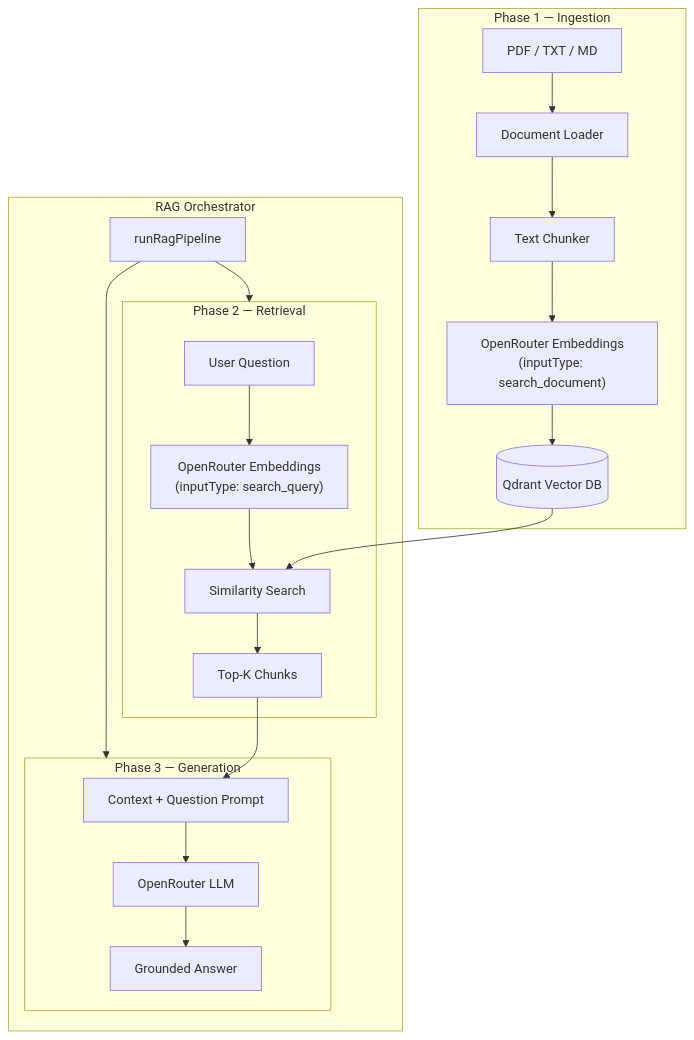
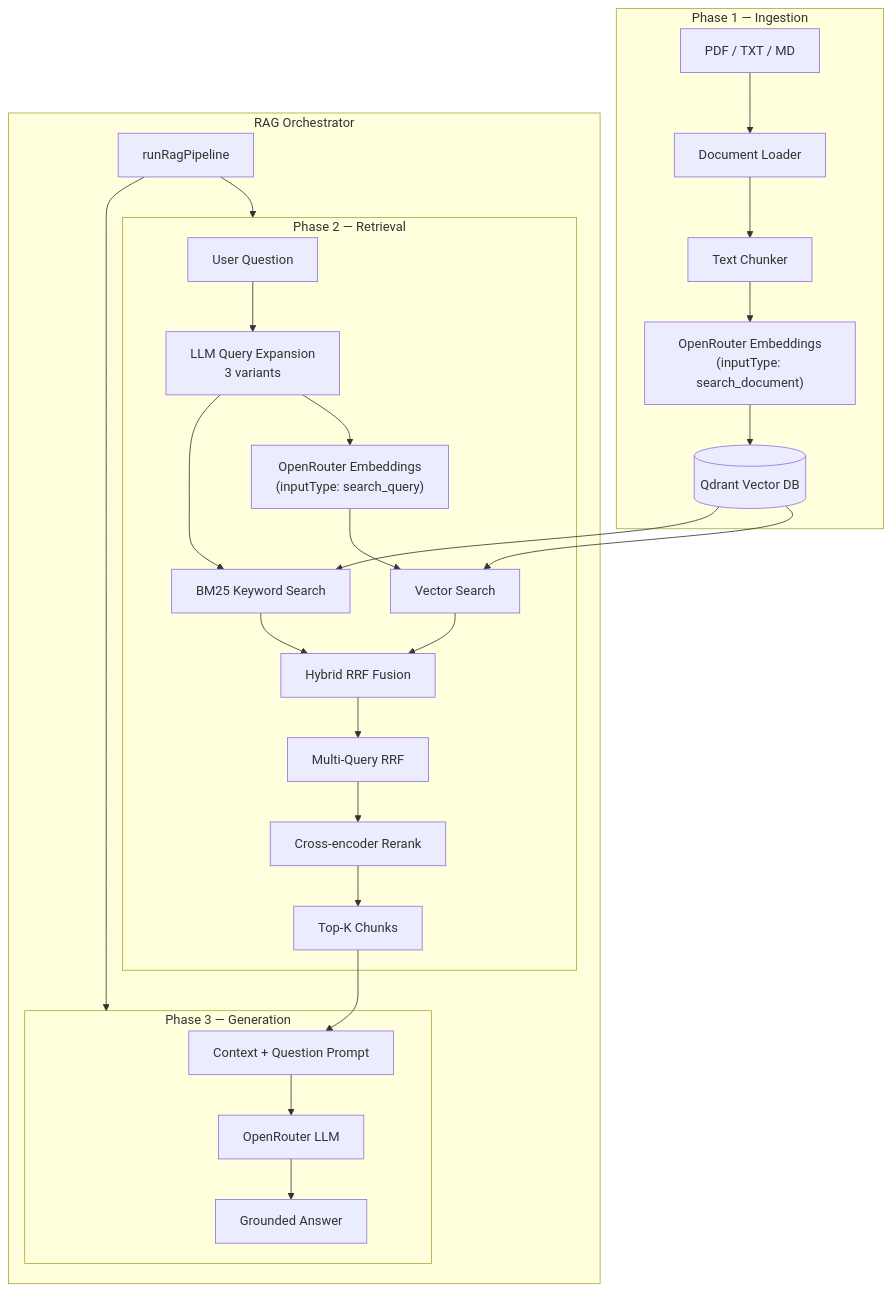
The first of 2 diagrams in README.md (osamaKhan99/pdf-ingestion-pipeline), drawn with Mermaid before and after one commit. The commit also changed other lines of this file and 16 other files, not shown here.

Commit message:
V2: added multi query retrieval, hybrid search, reranking methods

````diff
--- a/README.md
+++ b/README.md
@@ -23,33 +23,44 @@
 ```mermaid
 flowchart TB
     subgraph Ingestion["Phase 1 — Ingestion"]
         DOC[PDF / TXT / MD]
         LOAD[Document Loader]
         CHUNK[Text Chunker]
         EMB_DOC["OpenRouter Embeddings<br/>(inputType: search_document)"]
         QDRANT[(Qdrant Vector DB)]
         DOC --> LOAD --> CHUNK --> EMB_DOC --> QDRANT
     end
 
     subgraph Retrieval["Phase 2 — Retrieval"]
         QUERY[User Question]
+        EXPAND[LLM Query Expansion<br/>3 variants]
         EMB_Q["OpenRouter Embeddings<br/>(inputType: search_query)"]
-        SEARCH[Similarity Search]
+        VEC[Vector Search]
+        KW[BM25 Keyword Search]
+        HYB[Hybrid RRF Fusion]
+        MQ[Multi-Query RRF]
         TOPK[Top-K Chunks]
-        QUERY --> EMB_Q --> SEARCH --> TOPK
-        QDRANT --> SEARCH
+        QUERY --> EXPAND --> EMB_Q
+        EMB_Q --> VEC
+        EXPAND --> KW
+        VEC --> HYB
+        KW --> HYB
+        HYB --> MQ --> RERANK[Cross-encoder Rerank]
+        RERANK --> TOPK
+        QDRANT --> VEC
+        QDRANT --> KW
     end
 
     subgraph Generation["Phase 3 — Generation"]
         CTX[Context + Question Prompt]
         LLM[OpenRouter LLM]
         ANSWER[Grounded Answer]
         TOPK --> CTX --> LLM --> ANSWER
     end
 
     subgraph Orchestration["RAG Orchestrator"]
         RAG[runRagPipeline]
         RAG --> Retrieval
         RAG --> Generation
     end
 ```
````
